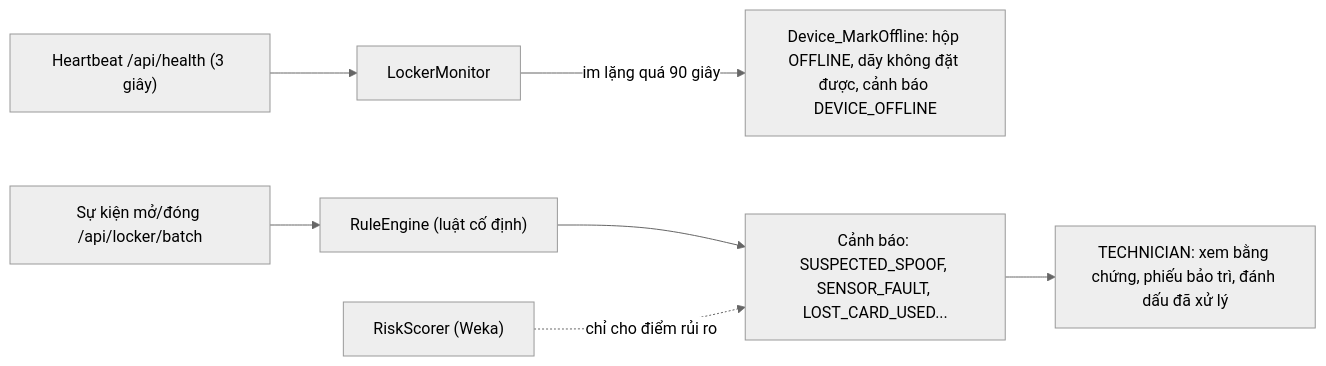
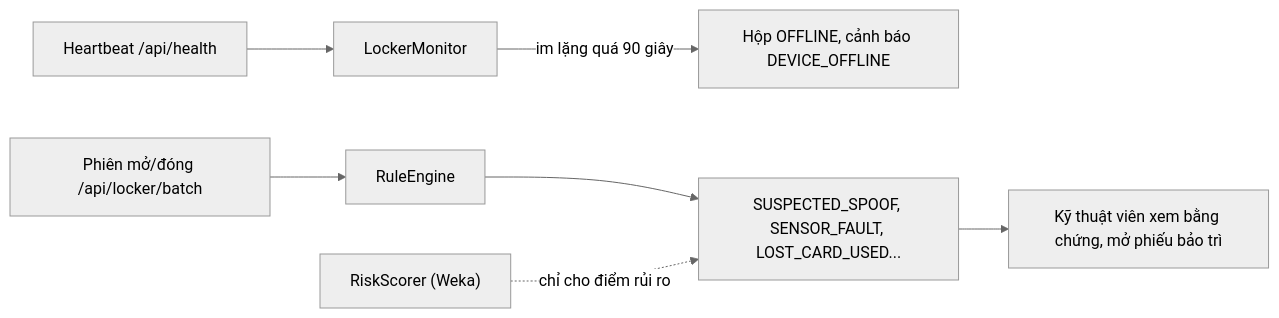
One commit to HoangDuc1003/SmartLocker changed the third of 4 diagrams in README.md. Above: the diagram before and after it, drawn with Mermaid (neutral theme). The commit also changed other lines of this file and 11 other files, not shown here.

````diff
--- a/README.md
+++ b/README.md
@@ -365,9 +334,9 @@
 ```mermaid
 flowchart LR
-    HB["Heartbeat /api/health (3 giây)"] --> LM["LockerMonitor"]
-    LM -->|"im lặng quá 90 giây"| OFF["Device_MarkOffline: hộp OFFLINE, dãy không đặt được, cảnh báo DEVICE_OFFLINE"]
-    EV["Sự kiện mở/đóng /api/locker/batch"] --> RE["RuleEngine (luật cố định)"]
-    RE --> AL["Cảnh báo: SUSPECTED_SPOOF, SENSOR_FAULT, LOST_CARD_USED..."]
+    HB["Heartbeat /api/health"] --> LM["LockerMonitor"]
+    LM -->|"im lặng quá 90 giây"| OFF["Hộp OFFLINE, cảnh báo DEVICE_OFFLINE"]
+    EV["Phiên mở/đóng /api/locker/batch"] --> RE["RuleEngine"]
+    RE --> AL["SUSPECTED_SPOOF, SENSOR_FAULT, LOST_CARD_USED..."]
     RS["RiskScorer (Weka)"] -.->|"chỉ cho điểm rủi ro"| AL
-    AL --> T["TECHNICIAN: xem bằng chứng, phiếu bảo trì, đánh dấu đã xử lý"]
+    AL --> T["Kỹ thuật viên xem bằng chứng, mở phiếu bảo trì"]
 ```
````
